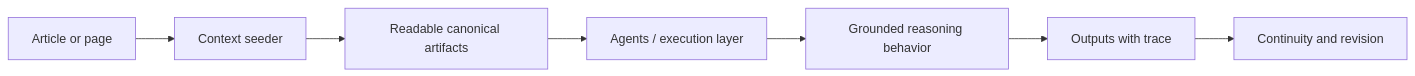
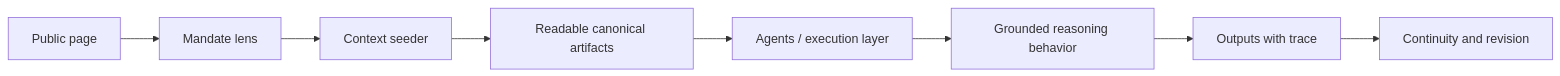
One commit to Mikeys-Tech-Lab/poc changed the second of 2 diagrams in continuity/guidance-architecture.md. Above: the diagram before and after it, drawn with Mermaid. The commit also changed other lines of this file and 43 other files, not shown here.

````diff
--- a/continuity/guidance-architecture.md
+++ b/continuity/guidance-architecture.md
@@ -104,17 +106,19 @@
 ```mermaid
 flowchart LR
-    A["Article or page"]
-    B["Context seeder"]
-    C["Readable canonical artifacts"]
+    A["Public page"]
+    B["Mandate lens"]
+    C["Context seeder"]
+    D["Readable canonical artifacts"]
     X["Agents / execution layer"]
-    D["Grounded reasoning behavior"]
-    E["Outputs with trace"]
-    F["Continuity and revision"]
+    E["Grounded reasoning behavior"]
+    F["Outputs with trace"]
+    G["Continuity and revision"]
 
     A --> B
     B --> C
-    C --> X
-    X --> D
-    D --> E
+    C --> D
+    D --> X
+    X --> E
     E --> F
+    F --> G
 ```
````
